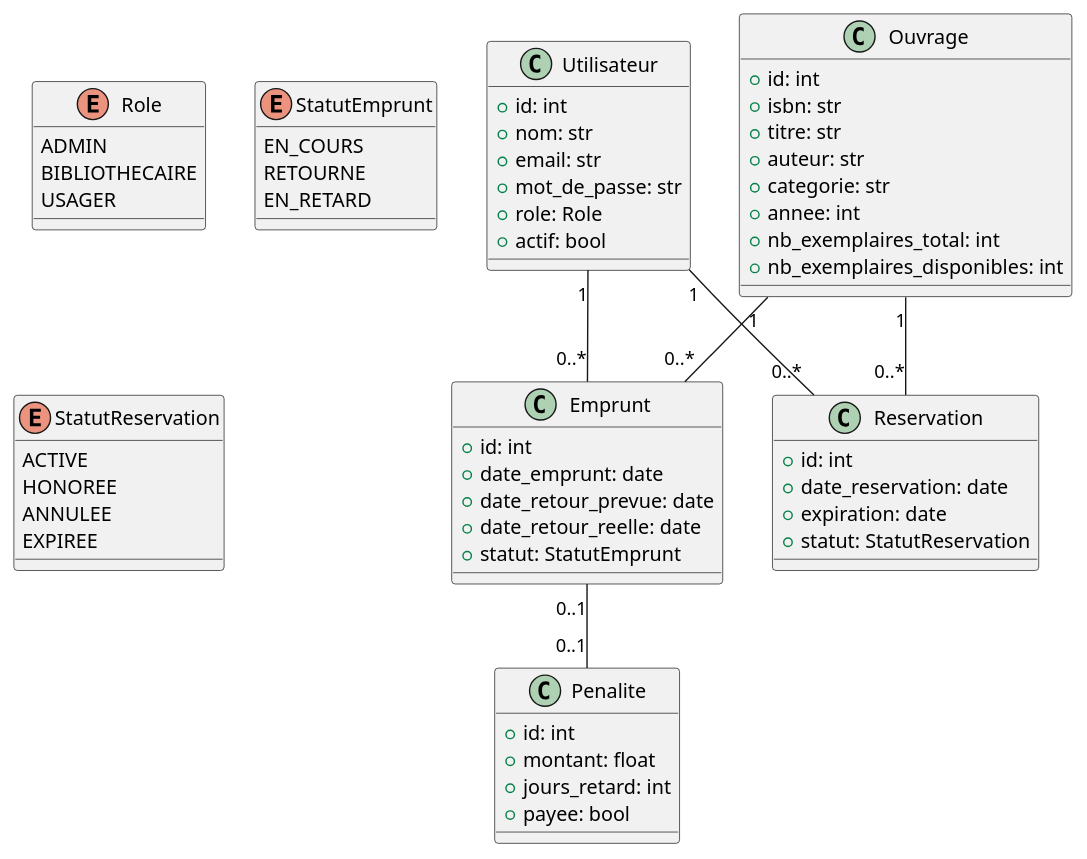
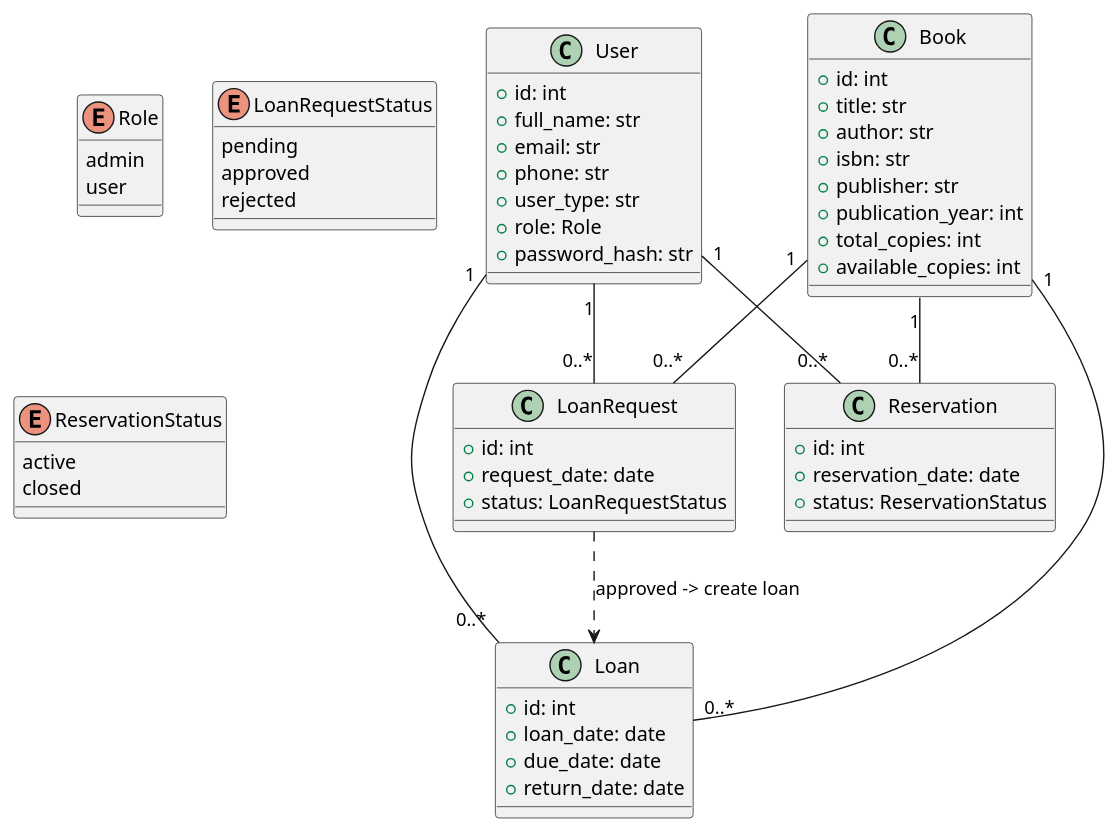
The diagram in diagrams/diagramme_classes.puml (JunRoot29/Gestion-d-une-Bibliotheque), drawn with PlantUML before and after one commit. The commit also changed 16 other files, not shown here.

```diff
--- a/diagrams/diagramme_classes.puml
+++ b/diagrams/diagramme_classes.puml
@@ -1,68 +1,66 @@
 @startuml
-class Utilisateur {
+class User {
   +id: int
-  +nom: str
+  +full_name: str
   +email: str
-  +mot_de_passe: str
+  +phone: str
+  +user_type: str
   +role: Role
-  +actif: bool
+  +password_hash: str
 }
 
 enum Role {
-  ADMIN
-  BIBLIOTHECAIRE
-  USAGER
+  admin
+  user
 }
 
-class Ouvrage {
+class Book {
   +id: int
+  +title: str
+  +author: str
   +isbn: str
-  +titre: str
-  +auteur: str
-  +categorie: str
-  +annee: int
-  +nb_exemplaires_total: int
-  +nb_exemplaires_disponibles: int
+  +publisher: str
+  +publication_year: int
+  +total_copies: int
+  +available_copies: int
 }
 
-class Emprunt {
+class LoanRequest {
   +id: int
-  +date_emprunt: date
-  +date_retour_prevue: date
-  +date_retour_reelle: date
-  +statut: StatutEmprunt
+  +request_date: date
+  +status: LoanRequestStatus
 }
 
-enum StatutEmprunt {
-  EN_COURS
-  RETOURNE
-  EN_RETARD
+enum LoanRequestStatus {
+  pending
+  approved
+  rejected
+}
+
+class Loan {
+  +id: int
+  +loan_date: date
+  +due_date: date
+  +return_date: date
 }
 
 class Reservation {
   +id: int
-  +date_reservation: date
-  +expiration: date
-  +statut: StatutReservation
+  +reservation_date: date
+  +status: ReservationStatus
 }
 
-enum StatutReservation {
-  ACTIVE
-  HONOREE
-  ANNULEE
-  EXPIREE
+enum ReservationStatus {
+  active
+  closed
 }
 
-class Penalite {
-  +id: int
-  +montant: float
-  +jours_retard: int
-  +payee: bool
-}
+User "1" -- "0..*" LoanRequest
+Book "1" -- "0..*" LoanRequest
+User "1" -- "0..*" Loan
+Book "1" -- "0..*" Loan
+User "1" -- "0..*" Reservation
+Book "1" -- "0..*" Reservation
 
-Utilisateur "1" -- "0..*" Emprunt
-Ouvrage "1" -- "0..*" Emprunt
-Utilisateur "1" -- "0..*" Reservation
-Ouvrage "1" -- "0..*" Reservation
-Emprunt "0..1" -- "0..1" Penalite
+LoanRequest ..> Loan : approved -> create loan
 @enduml
```
